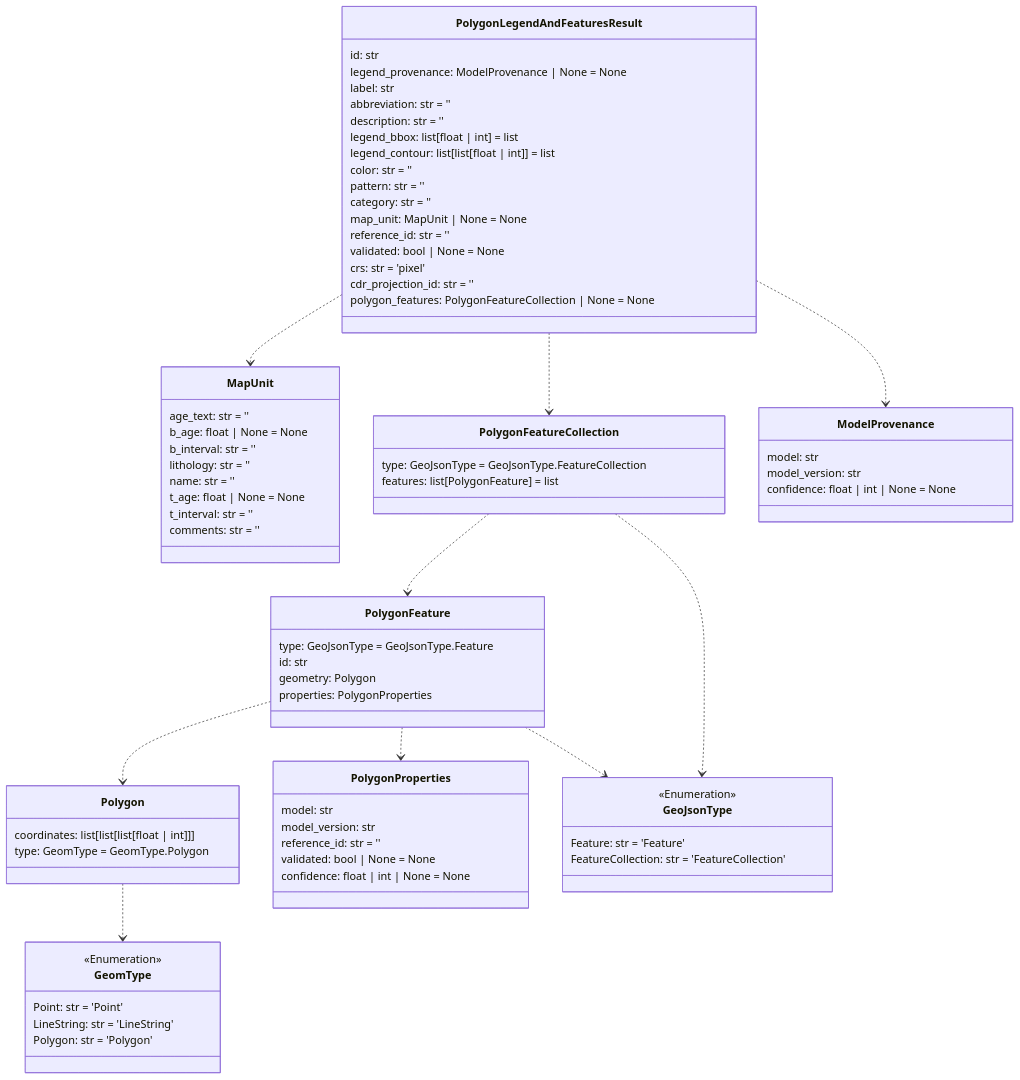
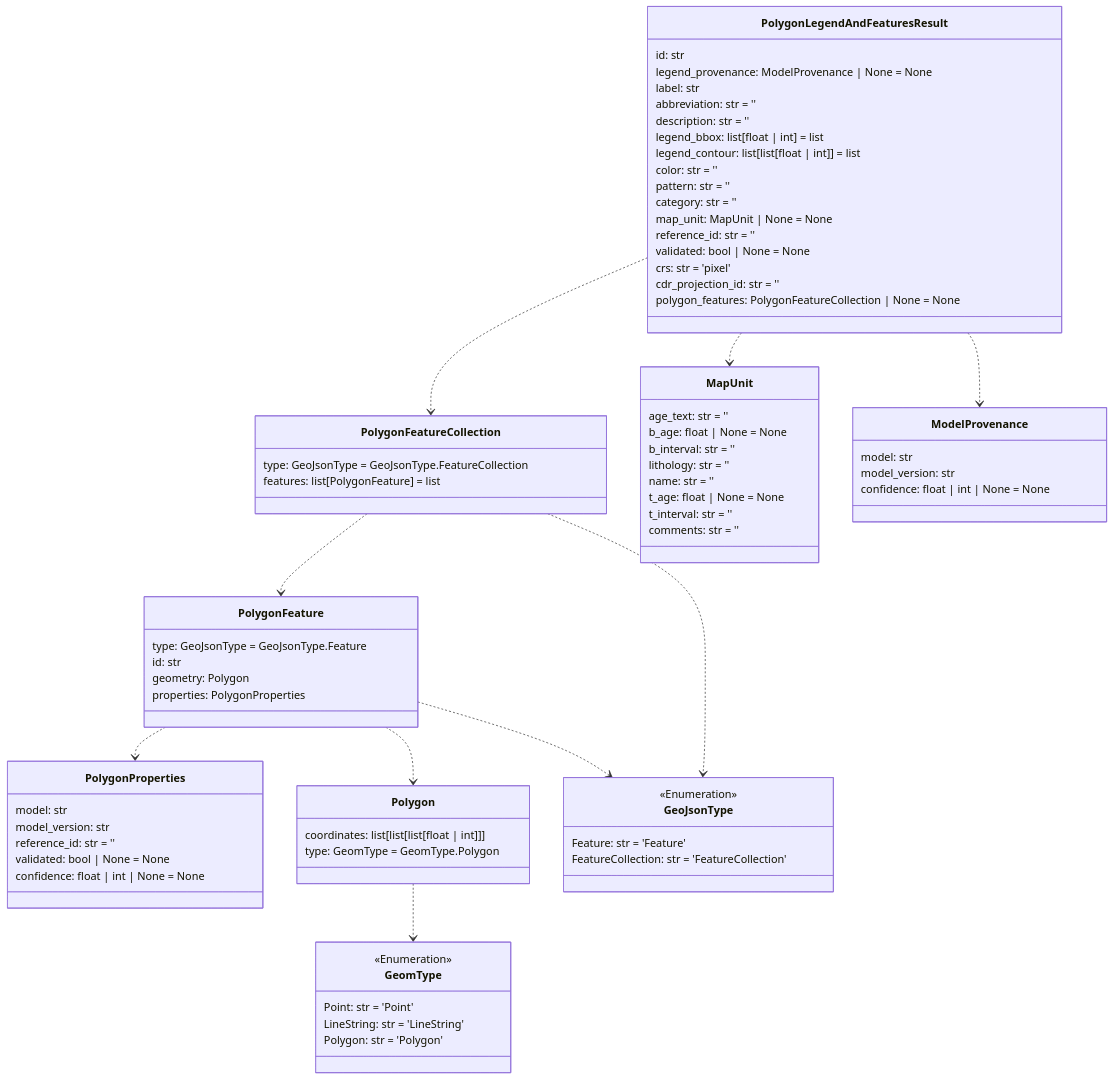
The seventh of 14 diagrams in README.md (DARPA-CRITICALMAAS/cdr_schemas), drawn with Mermaid before and after one commit. The commit also changed other lines of this file and 2 other files, not shown here.

````diff
--- a/README.md
+++ b/README.md
@@ -544,5 +544,18 @@
 ```mermaid
 classDiagram
+
+    class PolygonFeatureCollection {
+        type: GeoJsonType = GeoJsonType.FeatureCollection
+        features: list[PolygonFeature] = list
+    }
+
+    class PolygonProperties {
+        model: str
+        model_version: str
+        reference_id: str = ''
+        validated: bool | None = None
+        confidence: float | int | None = None
+    }
 
     class MapUnit {
         age_text: str = ''
@@ -560,11 +573,6 @@
         Point: str = 'Point'
         LineString: str = 'LineString'
         Polygon: str = 'Polygon'
-    }
-
-    class PolygonFeatureCollection {
-        type: GeoJsonType = GeoJsonType.FeatureCollection
-        features: list[PolygonFeature] = list
     }
 
     class ModelProvenance {
@@ -597,6 +605,12 @@
         type: GeomType = GeomType.Polygon
     }
 
+    class GeoJsonType {
+        <<Enumeration>>
+        Feature: str = 'Feature'
+        FeatureCollection: str = 'FeatureCollection'
+    }
+
     class PolygonFeature {
         type: GeoJsonType = GeoJsonType.Feature
         id: str
@@ -604,24 +618,10 @@
         properties: PolygonProperties
     }
 
-    class PolygonProperties {
-        model: str
-        model_version: str
-        reference_id: str = ''
-        validated: bool | None = None
-        confidence: float | int | None = None
-    }
-
-    class GeoJsonType {
-        <<Enumeration>>
-        Feature: str = 'Feature'
-        FeatureCollection: str = 'FeatureCollection'
-    }
-
     Polygon ..> GeomType
+    PolygonFeature ..> PolygonProperties
     PolygonFeature ..> Polygon
     PolygonFeature ..> GeoJsonType
-    PolygonFeature ..> PolygonProperties
     PolygonFeatureCollection ..> PolygonFeature
     PolygonFeatureCollection ..> GeoJsonType
     PolygonLegendAndFeaturesResult ..> PolygonFeatureCollection
````
